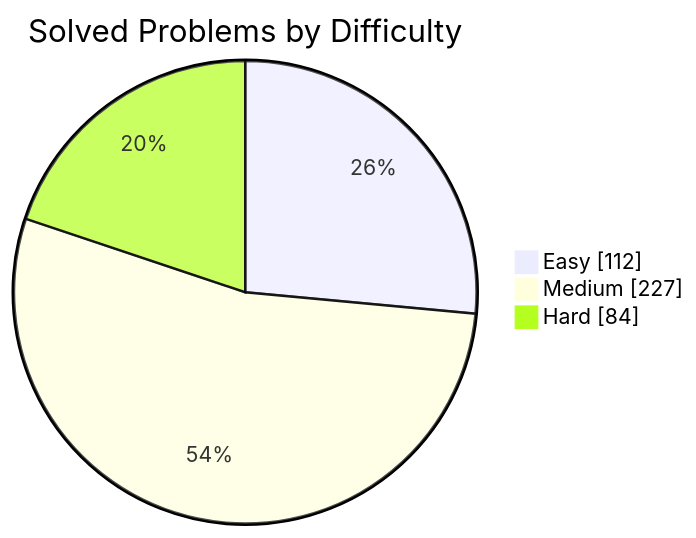
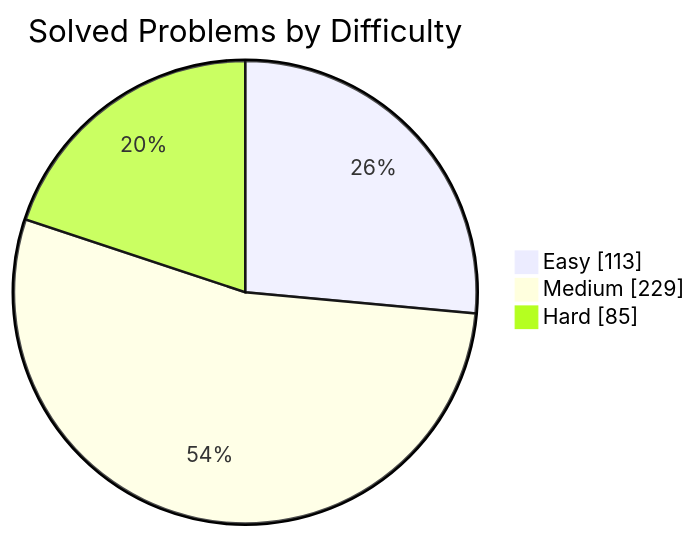
The first of 2 diagrams in README.md (manikantbindass/DSA-Preparation-FAANG), drawn with Mermaid before and after one commit. The commit also changed other lines of this file and 1 other file, not shown here.

````diff
--- a/README.md
+++ b/README.md
@@ -77,7 +77,7 @@
 ```mermaid
 pie showData
     title Solved Problems by Difficulty
-    "Easy" : 112
-    "Medium" : 227
-    "Hard" : 84
+    "Easy" : 113
+    "Medium" : 229
+    "Hard" : 85
 ```
````
